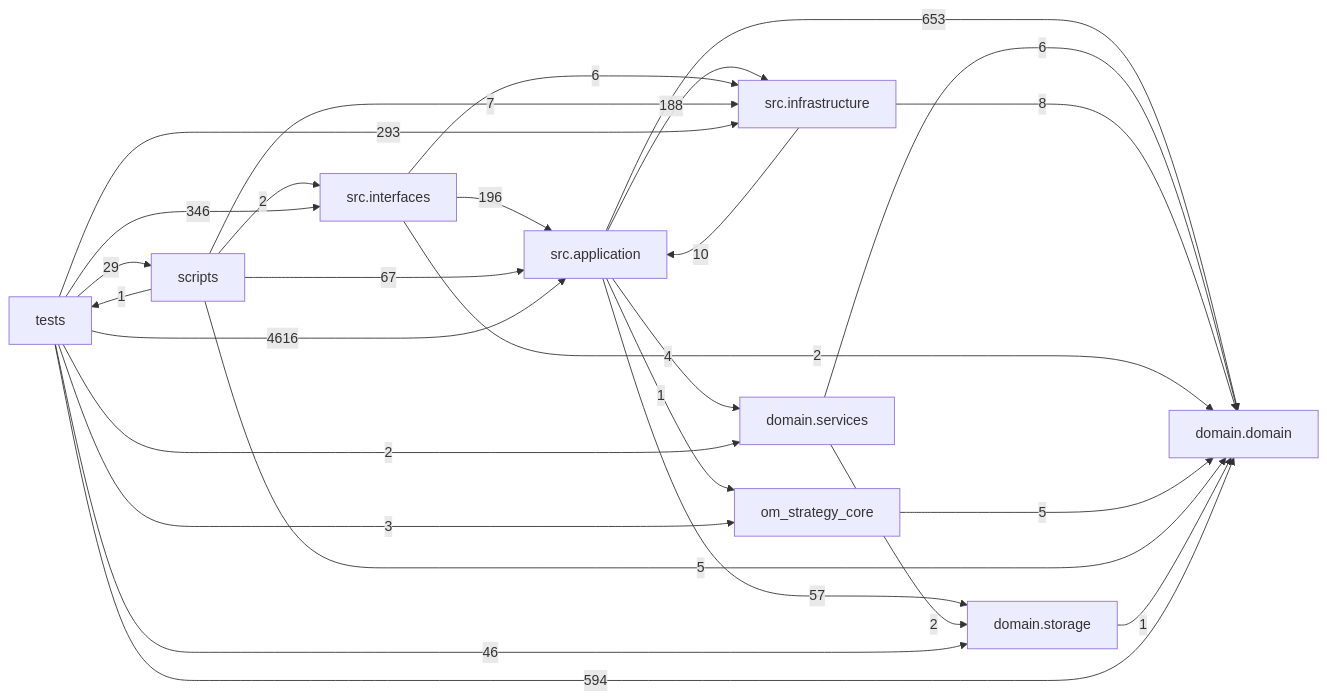
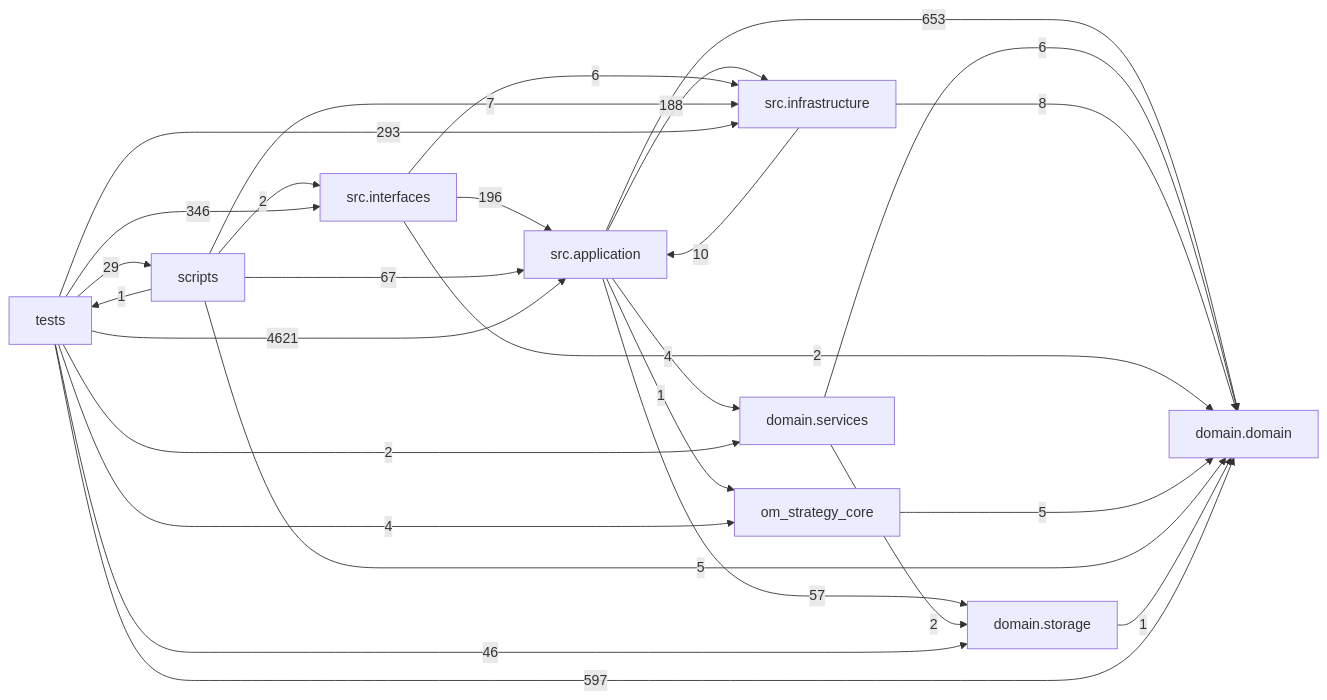
One commit to liuxie066/options-monitor changed the diagram in docs/DEPENDENCY_GRAPH.md. Above: the diagram before and after it, drawn with Mermaid. The commit also changed other lines of this file and 10 other files, not shown here.

````diff
--- a/docs/DEPENDENCY_GRAPH.md
+++ b/docs/DEPENDENCY_GRAPH.md
@@ -24,38 +24,38 @@
 ```mermaid
 flowchart LR
   tests["tests"]
   scripts["scripts"]
   interfaces["src.interfaces"]
   application["src.application"]
   infrastructure["src.infrastructure"]
   domain_services["domain.services"]
   domain["domain.domain"]
   storage["domain.storage"]
   application -->|653| domain
   application -->|4| domain_services
   application -->|188| infrastructure
   application -->|1| om_strategy_core
   application -->|57| storage
   domain_services -->|6| domain
   domain_services -->|2| storage
   infrastructure -->|10| application
   infrastructure -->|8| domain
   interfaces -->|196| application
   interfaces -->|2| domain
   interfaces -->|6| infrastructure
   om_strategy_core -->|5| domain
   scripts -->|67| application
   scripts -->|5| domain
   scripts -->|7| infrastructure
   scripts -->|2| interfaces
   scripts -->|1| tests
   storage -->|1| domain
-  tests -->|4616| application
-  tests -->|594| domain
+  tests -->|4621| application
+  tests -->|597| domain
   tests -->|2| domain_services
   tests -->|293| infrastructure
   tests -->|346| interfaces
-  tests -->|3| om_strategy_core
+  tests -->|4| om_strategy_core
   tests -->|29| scripts
   tests -->|46| storage
 ```
````
